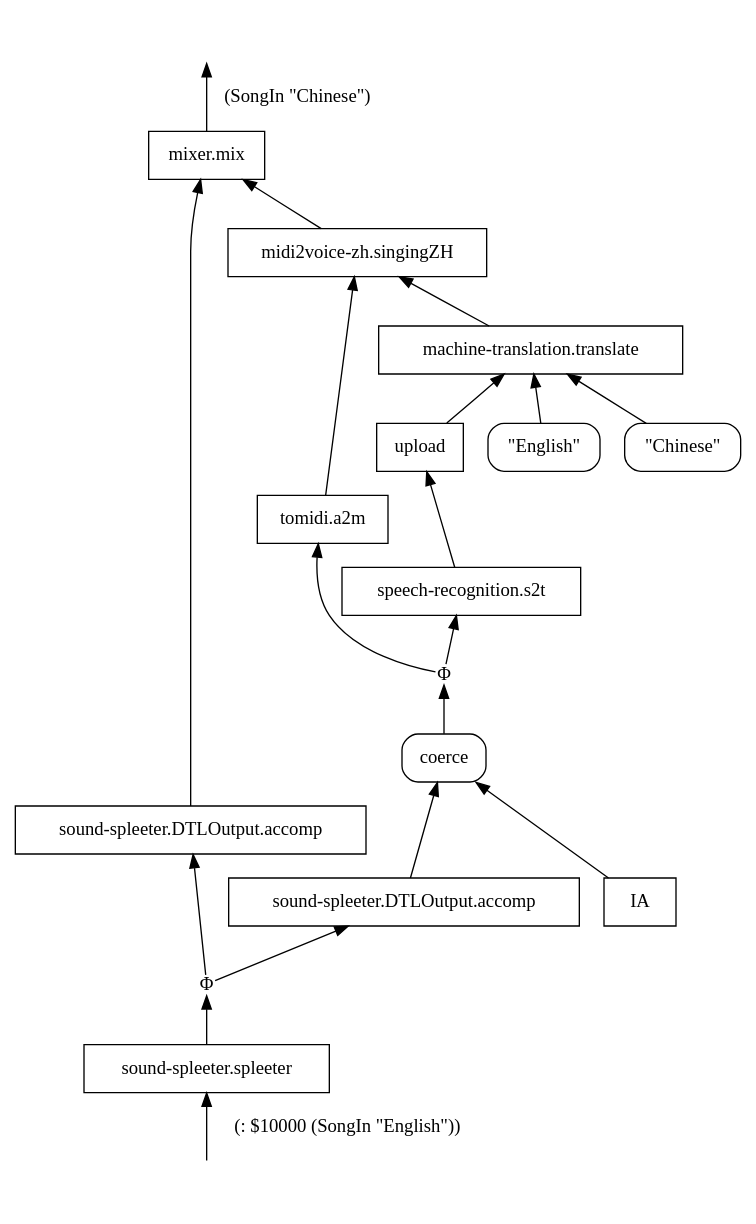
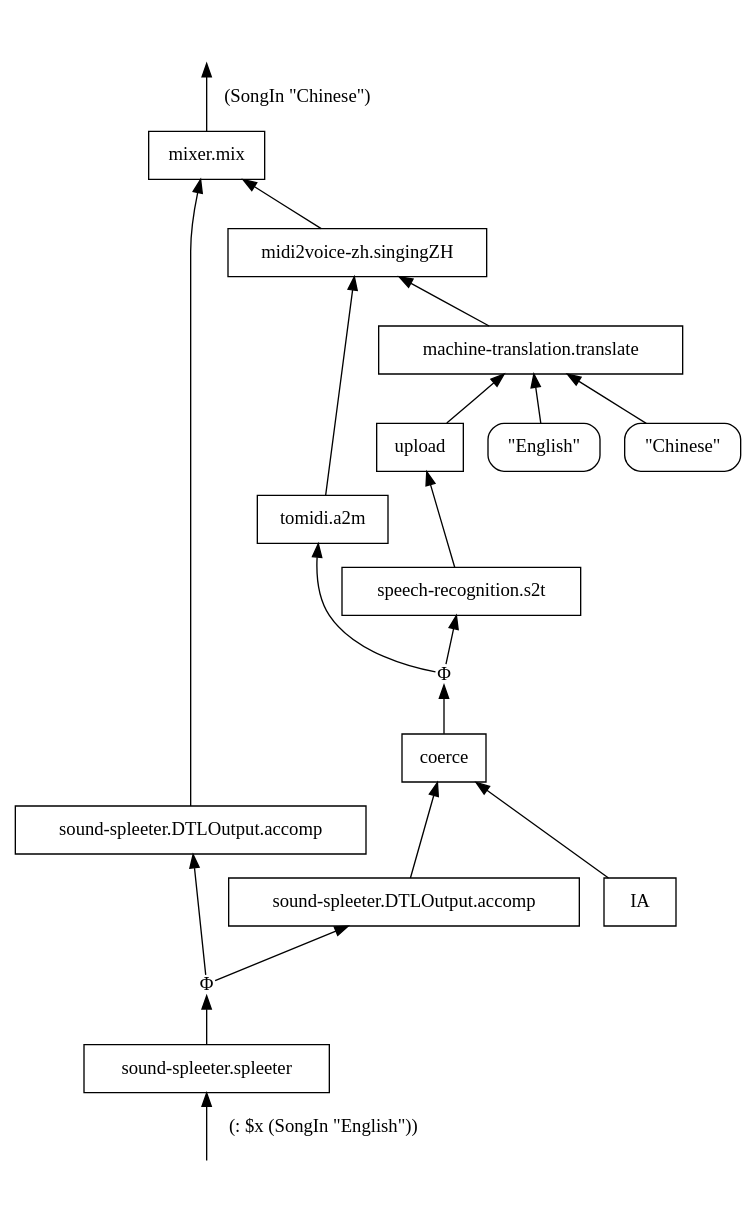
Before and after one commit to singnet/ai-dsl: the diagram in experimental/ai-service-composition/english-to-chinese-song/dots/cnd-1.dot, drawn with Graphviz. The commit also changed 5 other files, not shown here.

```diff
--- a/experimental/ai-service-composition/english-to-chinese-song/dots/cnd-1.dot
+++ b/experimental/ai-service-composition/english-to-chinese-song/dots/cnd-1.dot
@@ -1,40 +1,40 @@
 digraph Flowchart {
 rankdir=BT
 
 "__IN__0" [label="", shape=none]
 "__OUT__0" [label="", shape=none]
-"Φ1002" [label="Φ", shape=plain]
-"mixer.mix3" [label="mixer.mix", shape=box]
-"sound-spleeter.DTLOutput.accomp12" [label="sound-spleeter.DTLOutput.accomp", shape=box]
-"Φ1103" [label="Φ", shape=plain]
-"midi2voice-zh.singingZH104" [label="midi2voice-zh.singingZH", shape=box]
-"machine-translation.translate115" [label="machine-translation.translate", shape=box]
+"Φ934747" [label="Φ", shape=plain]
+"mixer.mix69269" [label="mixer.mix", shape=box]
+"sound-spleeter.DTLOutput.accomp303971" [label="sound-spleeter.DTLOutput.accomp", shape=box]
+"Φ378623" [label="Φ", shape=plain]
+"midi2voice-zh.singingZH827831" [label="midi2voice-zh.singingZH", shape=box]
+"machine-translation.translate726184" [label="machine-translation.translate", shape=box]
 "English" [label="\"English\"", shape=box, style=rounded]
 "Chinese" [label="\"Chinese\"", shape=box, style=rounded]
-"upload124" [label="upload", shape=box]
-"speech-recognition.s2t133" [label="speech-recognition.s2t", shape=box]
-"tomidi.a2m203" [label="tomidi.a2m", shape=box]
-coerce [label="coerce", shape=box, style=rounded]
-"IA123" [label="IA", shape=box]
-"sound-spleeter.DTLOutput.accomp122" [label="sound-spleeter.DTLOutput.accomp", shape=box]
-"sound-spleeter.spleeter11" [label="sound-spleeter.spleeter", shape=box]
+"upload850162" [label="upload", shape=box]
+"speech-recognition.s2t53754" [label="speech-recognition.s2t", shape=box]
+"tomidi.a2m716007" [label="tomidi.a2m", shape=box]
+"coerce789482" [label="coerce", shape=box]
+"IA173930" [label="IA", shape=box]
+"sound-spleeter.DTLOutput.accomp580407" [label="sound-spleeter.DTLOutput.accomp", shape=box]
+"sound-spleeter.spleeter507999" [label="sound-spleeter.spleeter", shape=box]
 
-"__IN__0" -> "sound-spleeter.spleeter11" [label="(: $10000 (SongIn \"English\"))"]
-"mixer.mix3" -> "__OUT__0" [label="(SongIn \"Chinese\")"]
-"sound-spleeter.spleeter11" -> "Φ1002" []
-"Φ1002" -> "sound-spleeter.DTLOutput.accomp12" []
-"Φ1002" -> "sound-spleeter.DTLOutput.accomp122" []
-"sound-spleeter.DTLOutput.accomp12" -> "mixer.mix3" []
-"midi2voice-zh.singingZH104" -> "mixer.mix3" []
-coerce -> "Φ1103" []
-"Φ1103" -> "speech-recognition.s2t133" []
-"Φ1103" -> "tomidi.a2m203" []
-"machine-translation.translate115" -> "midi2voice-zh.singingZH104" []
-"tomidi.a2m203" -> "midi2voice-zh.singingZH104" []
-"upload124" -> "machine-translation.translate115" []
-"English" -> "machine-translation.translate115" []
-"Chinese" -> "machine-translation.translate115" []
-"speech-recognition.s2t133" -> "upload124" []
-"sound-spleeter.DTLOutput.accomp122" -> coerce []
-"IA123" -> coerce []
+"__IN__0" -> "sound-spleeter.spleeter507999" [label="(: $x (SongIn \"English\"))"]
+"mixer.mix69269" -> "__OUT__0" [label="(SongIn \"Chinese\")"]
+"sound-spleeter.spleeter507999" -> "Φ934747" []
+"Φ934747" -> "sound-spleeter.DTLOutput.accomp303971" []
+"Φ934747" -> "sound-spleeter.DTLOutput.accomp580407" []
+"sound-spleeter.DTLOutput.accomp303971" -> "mixer.mix69269" []
+"midi2voice-zh.singingZH827831" -> "mixer.mix69269" []
+"coerce789482" -> "Φ378623" []
+"Φ378623" -> "speech-recognition.s2t53754" []
+"Φ378623" -> "tomidi.a2m716007" []
+"machine-translation.translate726184" -> "midi2voice-zh.singingZH827831" []
+"tomidi.a2m716007" -> "midi2voice-zh.singingZH827831" []
+"upload850162" -> "machine-translation.translate726184" []
+"English" -> "machine-translation.translate726184" []
+"Chinese" -> "machine-translation.translate726184" []
+"speech-recognition.s2t53754" -> "upload850162" []
+"sound-spleeter.DTLOutput.accomp580407" -> "coerce789482" []
+"IA173930" -> "coerce789482" []
 }
```
